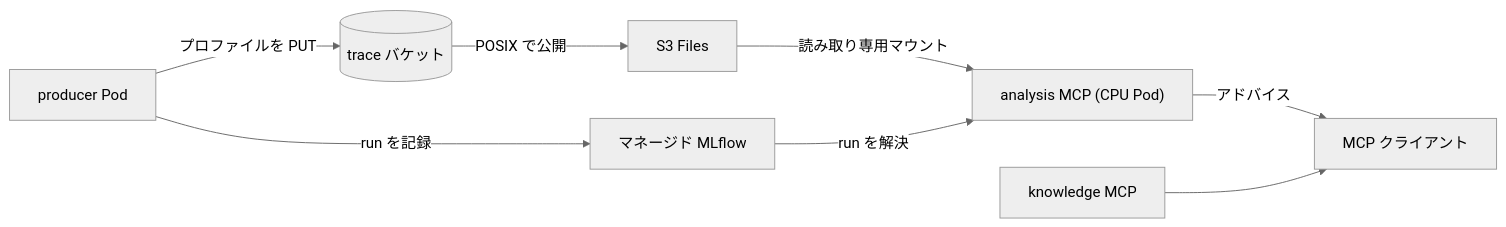
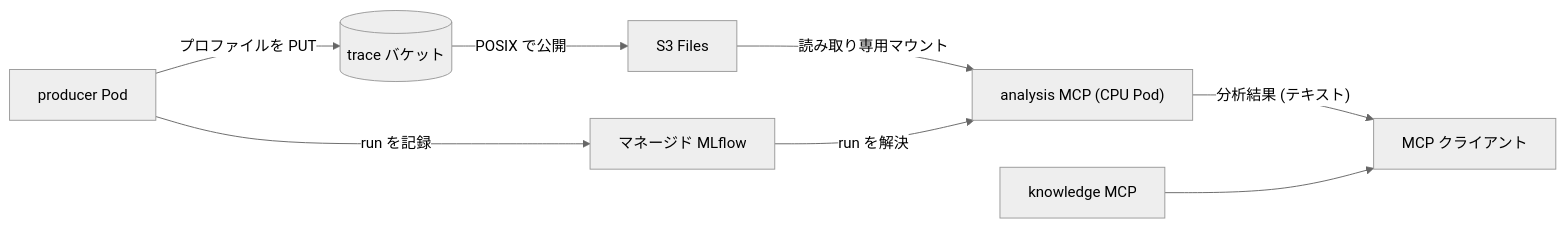
One commit to littlemex/zenn changed the first of 2 diagrams in books/eks-distributed-ai/eks-profiling-mcp.md. Above: the diagram before and after it, drawn with Mermaid (neutral theme). The commit also changed other lines of this file and 1 other file, not shown here.

````diff
--- a/books/eks-distributed-ai/eks-profiling-mcp.md
+++ b/books/eks-distributed-ai/eks-profiling-mcp.md
@@ -12,10 +12,10 @@
 ```mermaid
 flowchart LR
     P["producer Pod"] -->|"プロファイルを PUT"| B[("trace バケット")]
     P -->|"run を記録"| M["マネージド MLflow"]
     B -->|"POSIX で公開"| SF["S3 Files"]
     SF -->|"読み取り専用マウント"| A["analysis MCP (CPU Pod)"]
     M -->|"run を解決"| A
-    A -->|"アドバイス"| C["MCP クライアント"]
+    A -->|"分析結果 (テキスト)"| C["MCP クライアント"]
     KN["knowledge MCP"] --> C
 ```
````
